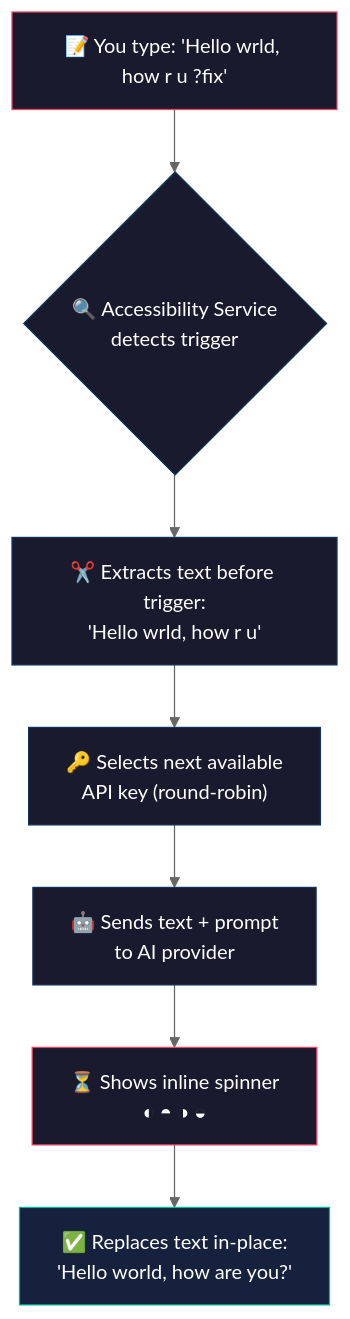
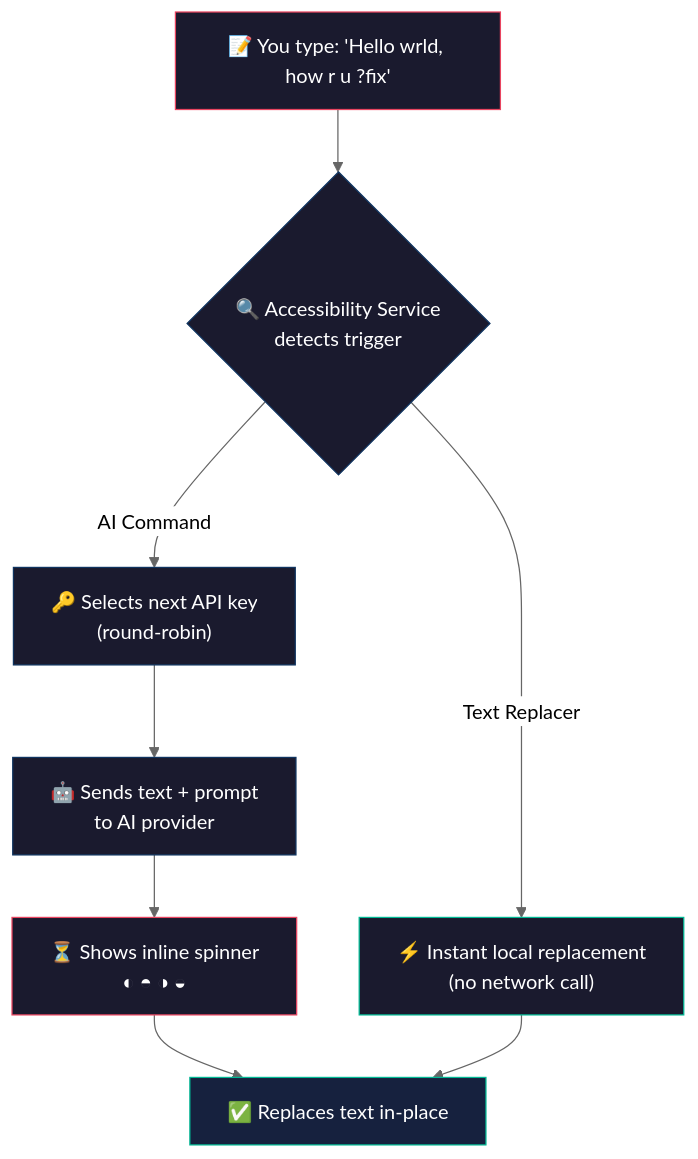
Before and after one commit to alzimerahmed/OmniType---AI-text-assistant-app: the diagram in README.md, drawn with Mermaid (neutral theme). The commit also changed other lines of this file, not shown here.

Commit message:
docs: update README with local LLM support, text replacer, backup/restore, i18n

````diff
--- a/README.md
+++ b/README.md
@@ -220,17 +241,18 @@
 ```mermaid
 flowchart TD
     A["📝 You type: 'Hello wrld, how r u ?fix'"] --> B{"🔍 Accessibility Service\ndetects trigger"}
-    B --> C["✂️ Extracts text before trigger:\n'Hello wrld, how r u'"]
-    C --> D["🔑 Selects next available\nAPI key (round-robin)"]
+    B -- "Text Replacer" --> C["⚡ Instant local replacement\n(no network call)"]
+    B -- "AI Command" --> D["🔑 Selects next API key\n(round-robin)"]
     D --> E["🤖 Sends text + prompt\nto AI provider"]
     E --> F["⏳ Shows inline spinner\n◐ ◓ ◑ ◒"]
-    F --> G["✅ Replaces text in-place:\n'Hello world, how are you?'"]
+    F --> G["✅ Replaces text in-place"]
+    C --> G
 
     style A fill:#1a1a2e,stroke:#e94560,color:#fff
     style B fill:#1a1a2e,stroke:#0f3460,color:#fff
-    style C fill:#1a1a2e,stroke:#0f3460,color:#fff
+    style C fill:#1a1a2e,stroke:#00b894,color:#fff
     style D fill:#1a1a2e,stroke:#0f3460,color:#fff
     style E fill:#1a1a2e,stroke:#0f3460,color:#fff
     style F fill:#1a1a2e,stroke:#e94560,color:#fff
     style G fill:#16213e,stroke:#00b894,color:#fff
 ```
````
